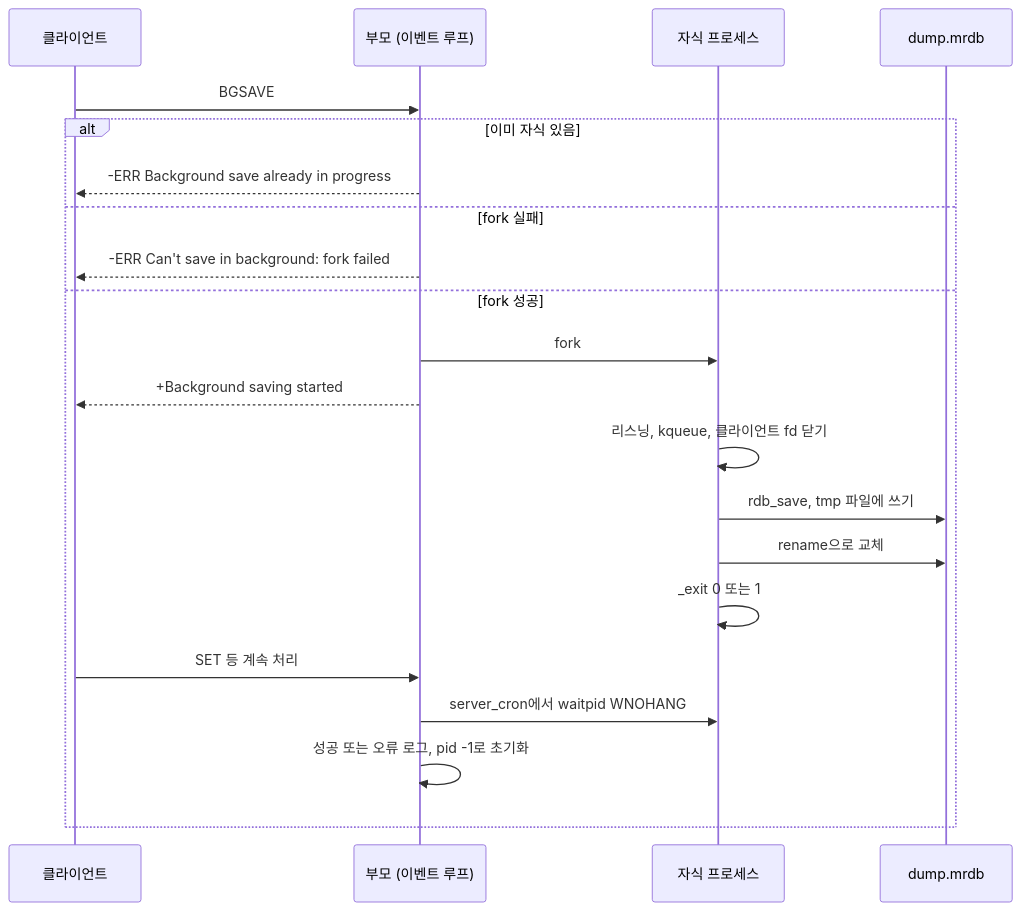
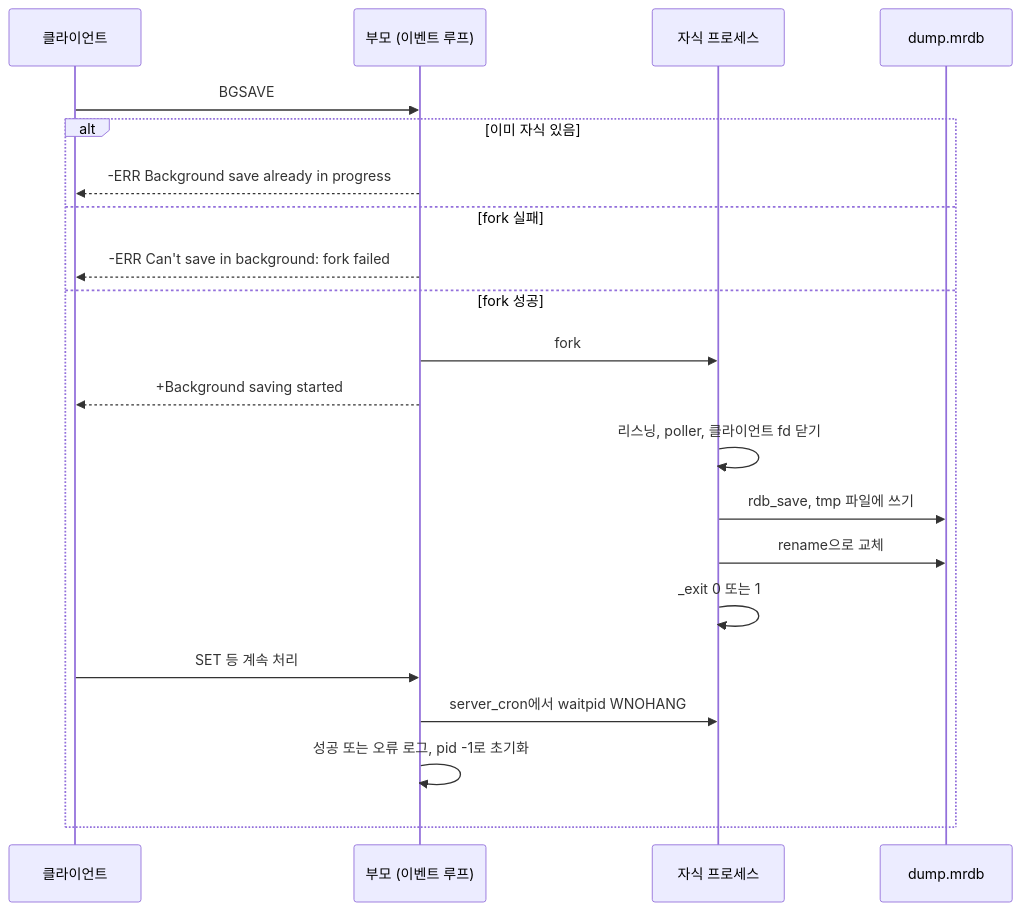
The eighth of 12 diagrams in docs/SDS.md (nini4746/mini-redis), drawn with Mermaid before and after one commit. The commit also changed other lines of this file and 2 other files, not shown here.

````diff
--- a/docs/SDS.md
+++ b/docs/SDS.md
@@ -410,23 +458,23 @@
 ```mermaid
 sequenceDiagram
     participant C as 클라이언트
     participant S as 부모 (이벤트 루프)
     participant K as 자식 프로세스
     participant F as dump.mrdb
     C->>S: BGSAVE
     alt 이미 자식 있음
         S-->>C: -ERR Background save already in progress
     else fork 실패
         S-->>C: -ERR Can't save in background: fork failed
     else fork 성공
         S->>K: fork
         S-->>C: +Background saving started
-        K->>K: 리스닝, kqueue, 클라이언트 fd 닫기
+        K->>K: 리스닝, poller, 클라이언트 fd 닫기
         K->>F: rdb_save, tmp 파일에 쓰기
         K->>F: rename으로 교체
         K->>K: _exit 0 또는 1
         C->>S: SET 등 계속 처리
         S->>K: server_cron에서 waitpid WNOHANG
         S->>S: 성공 또는 오류 로그, pid -1로 초기화
     end
 ```
````
